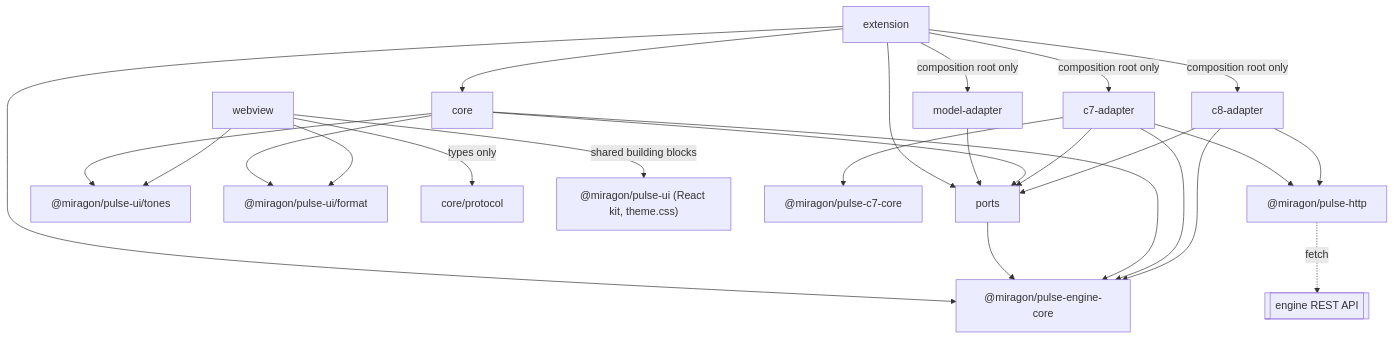
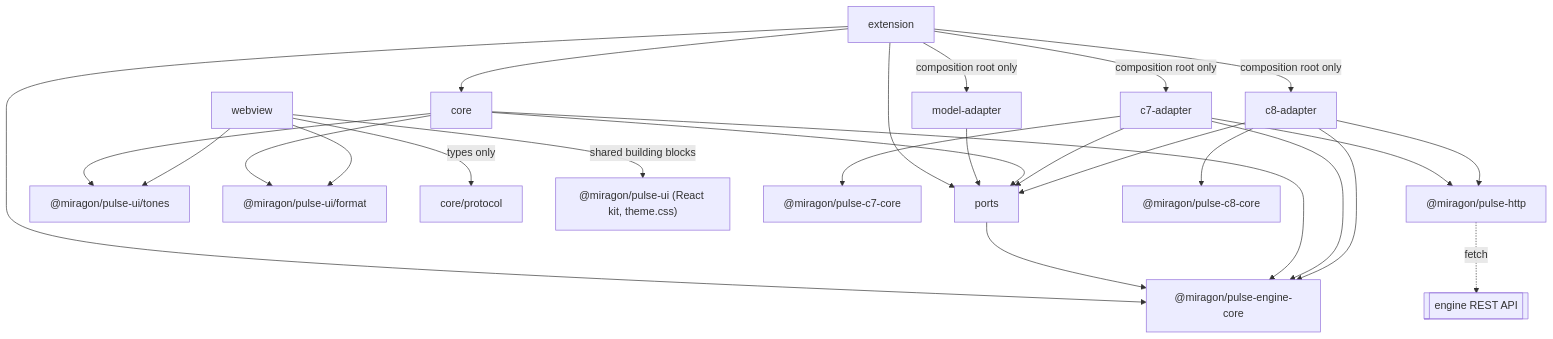
One commit to Miragon/pulse changed the first of 2 diagrams in apps/vscode/docs/adr/architecture.md. Above: the diagram before and after it, drawn with Mermaid. The commit also changed other lines of this file and 137 other files, not shown here.

````diff
--- a/apps/vscode/docs/adr/architecture.md
+++ b/apps/vscode/docs/adr/architecture.md
@@ -49,27 +49,28 @@
 ```mermaid
 flowchart TB
   extension --> core
   extension --> ports
   extension --> engineCore["@miragon/pulse-engine-core"]
   extension -- composition root only --> adapterC7[c7-adapter]
   extension -- composition root only --> adapterC8[c8-adapter]
   extension -- composition root only --> modelAdapter[model-adapter]
   ports --> engineCore
   modelAdapter --> ports
   core --> ports
   core --> engineCore
   core --> tones["@miragon/pulse-ui/tones"]
   core --> format["@miragon/pulse-ui/format"]
   webview -- types only --> protocol[core/protocol]
   webview --> tones
   webview --> format
   webview -- shared building blocks --> kit["@miragon/pulse-ui (React kit, theme.css)"]
   adapterC7 --> ports
   adapterC7 --> engineCore
   adapterC7 --> c7core["@miragon/pulse-c7-core"]
   adapterC7 --> http["@miragon/pulse-http"]
   adapterC8 --> ports
   adapterC8 --> engineCore
+  adapterC8 --> c8core["@miragon/pulse-c8-core"]
   adapterC8 --> http
   http -. "fetch" .-> rest[[engine REST API]]
 ```
````
